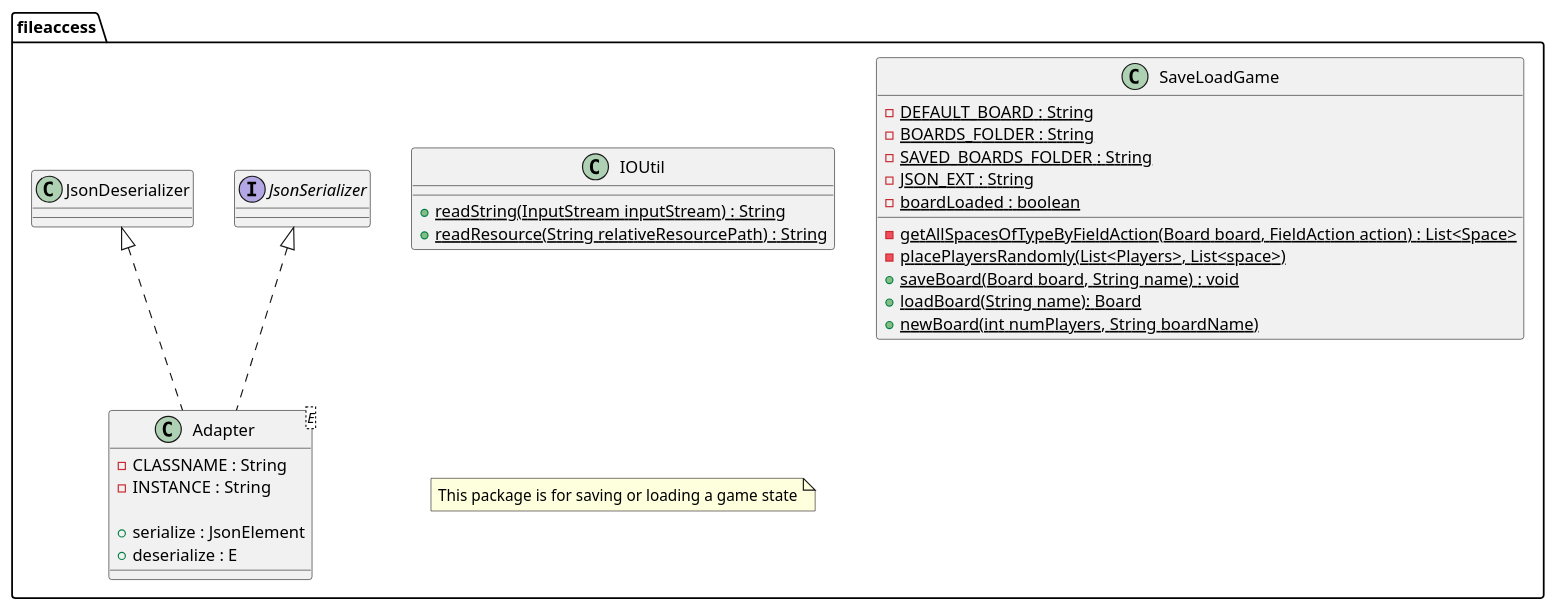
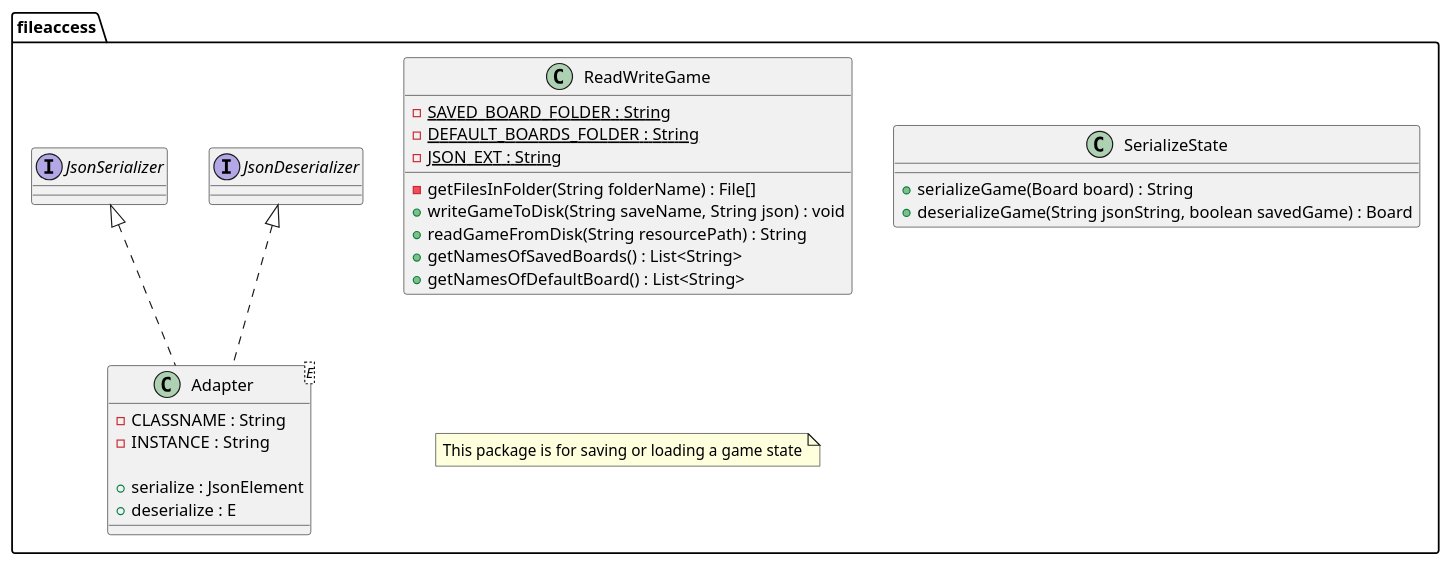
Before and after one commit to MikaelFangel/RoboRally: the diagram in diagrams/DesignClassDiagramPackageFileaccess.puml, drawn with PlantUML. The commit also changed 4 other files, not shown here.

Commit message:
Updates to class design diagrams.

```diff
--- a/diagrams/DesignClassDiagramPackageFileaccess.puml
+++ b/diagrams/DesignClassDiagramPackageFileaccess.puml
@@ -1,32 +1,36 @@
 @startuml
 package fileaccess{
-  class Adapter<E> implements JsonSerializer{
+  class Adapter<E>{
      -CLASSNAME : String
      -INSTANCE : String
 
      +serialize : JsonElement
      +deserialize : E
   }
-  class IOUtil{
-     {Static} +readString(InputStream inputStream) : String
-     {Static} +readResource(String relativeResourcePath) : String
+  class ReadWriteGame{
+     {Static} -SAVED_BOARD_FOLDER : String
+     {Static} -DEFAULT_BOARDS_FOLDER : String
+     {Static} -JSON_EXT : String
+
+     -getFilesInFolder(String folderName) : File[]
+     +writeGameToDisk(String saveName, String json) : void
+     +readGameFromDisk(String resourcePath) : String
+     +getNamesOfSavedBoards() : List<String>
+     +getNamesOfDefaultBoard() : List<String>
+
   }
-  class SaveLoadGame{
-     {Static} -DEFAULT_BOARD : String
-     {Static} -BOARDS_FOLDER : String
-     {Static} -SAVED_BOARDS_FOLDER : String
-     {Static} -JSON_EXT : String
-     {Static} -boardLoaded : boolean
+  interface JsonDeserializer{
+  }
+  interface JsonSerializer {
+  }
+  class SerializeState{
+     +serializeGame(Board board) : String
+     +deserializeGame(String jsonString, boolean savedGame) : Board
+  }
 
-     {static} -getAllSpacesOfTypeByFieldAction(Board board, FieldAction action) : List<Space>
-     {Static} -placePlayersRandomly(List<Players>, List<space>)
-     {Static} +saveBoard(Board board, String name) : void
-     {Static} +loadBoard(String name): Board
-     {Static} +newBoard(int numPlayers, String boardName)
-}
+
 JsonDeserializer <|.. Adapter
+JsonSerializer <|.. Adapter
 
 note "This package is for saving or loading a game state" as note1
-
-
 @enduml
```
